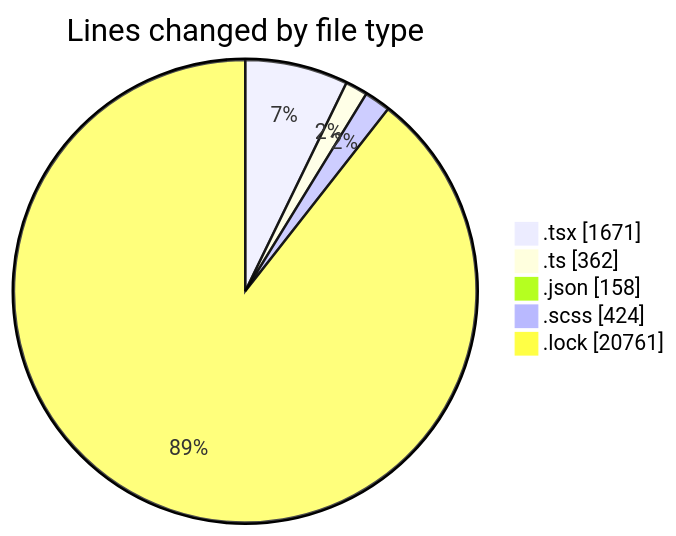
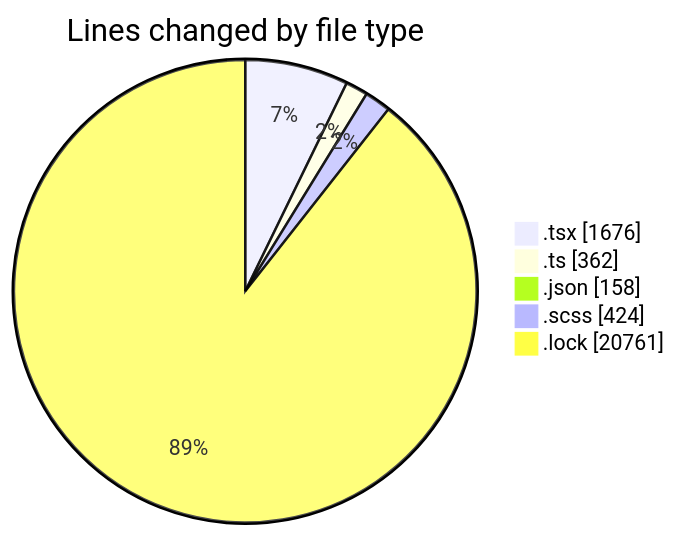
One commit to momahboobian/code-tracking changed the first of 2 diagrams in 2025-04-29/cda/README.md. Above: the diagram before and after it, drawn with Mermaid. The commit also changed other lines of this file and 1 other file, not shown here.

````diff
--- a/2025-04-29/cda/README.md
+++ b/2025-04-29/cda/README.md
@@ -42,9 +42,9 @@
 ```mermaid
 pie showData
 title Lines changed by file type
-".tsx" : 1671
+".tsx" : 1676
 ".ts" : 362
 ".json" : 158
 ".scss" : 424
 ".lock" : 20761
 ```
````
